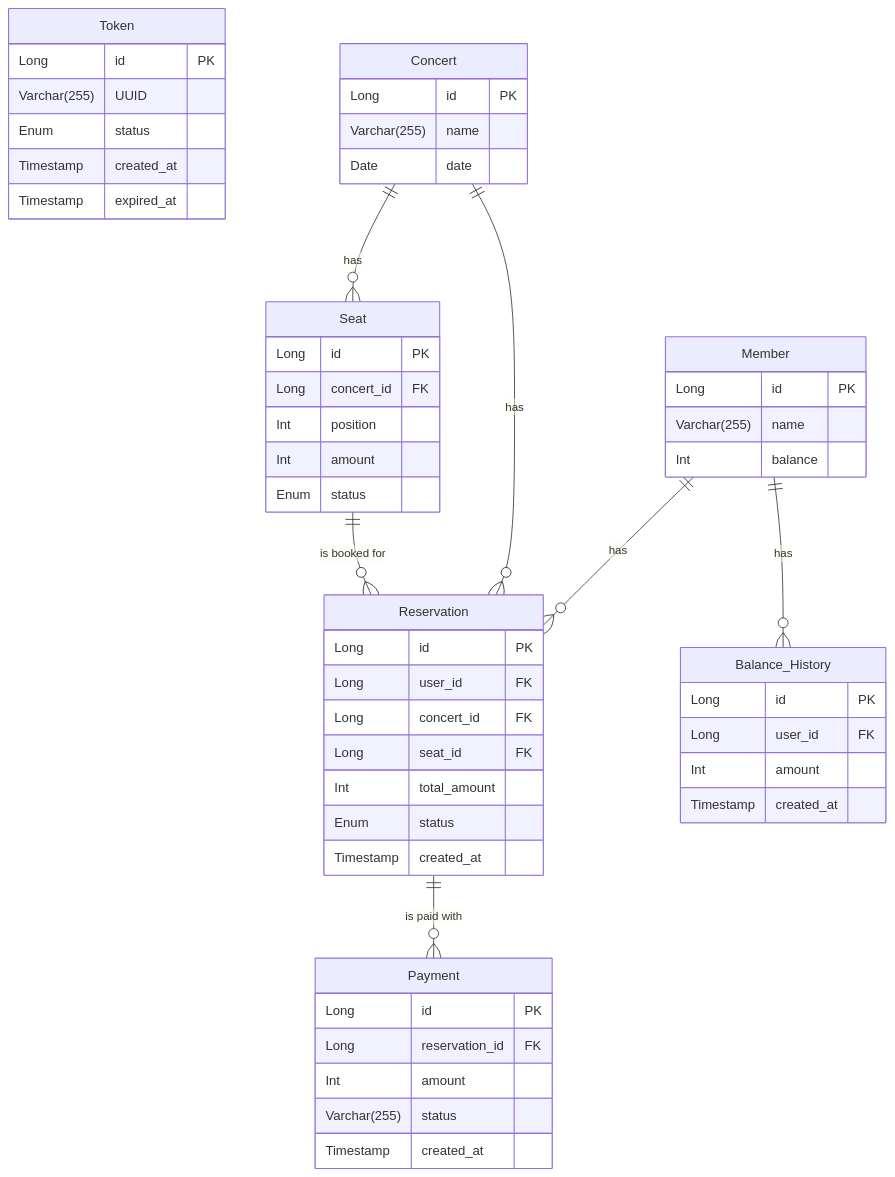
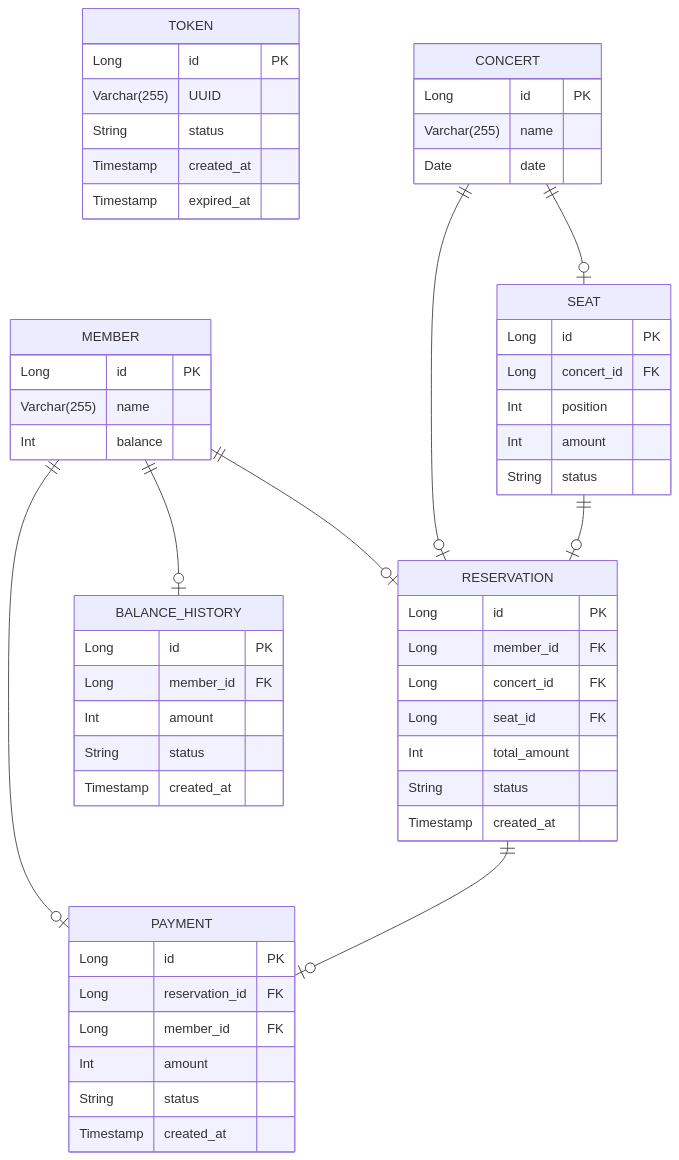
Before and after one commit to JoYuKang/Concert_Reservation: the diagram in docs/ERD.md, drawn with Mermaid.

````diff
--- a/docs/ERD.md
+++ b/docs/ERD.md
@@ -3,63 +3,61 @@
 ```mermaid
 erDiagram
-    Member {
+    MEMBER {
         Long id PK
         Varchar(255) name
         Int balance
     }
-
-    Token {
+    TOKEN {
         Long id PK
-        Varchar(255) UUID 
-        Enum status
+        Varchar(255) UUID
+        String status 
         Timestamp created_at
         Timestamp expired_at
     }
-
-    Concert {
+    CONCERT {
         Long id PK
         Varchar(255) name
         Date date
     }
-
-    Reservation {
+    RESERVATION {
         Long id PK
-        Long user_id FK
+        Long member_id FK
         Long concert_id FK
         Long seat_id FK
         Int total_amount
-        Enum status
+        String status 
         Timestamp created_at
     }
-
-    Seat {
+    SEAT {
         Long id PK
         Long concert_id FK
         Int position
         Int amount
-        Enum status
+        String status 
     }
-
-    Balance_History {
+    BALANCE_HISTORY {
         Long id PK
-        Long user_id FK
+        Long member_id FK
         Int amount
+        String status 
+        Timestamp created_at
+    }
+    PAYMENT {
+        Long id PK
+        Long reservation_id FK
+        Long member_id FK
+        Int amount
+        String status 
         Timestamp created_at
     }
 
-    Payment {
-        Long id PK
-        Long reservation_id FK
-        Int amount
-        Varchar(255) status
-        Timestamp created_at
-    }
-
-    Member ||--o{ Reservation : "has"
-    Concert ||--o{ Reservation : "has"
-    Seat ||--o{ Reservation : "is booked for"
-    Member ||--o{ Balance_History : "has"
-    Reservation ||--o{ Payment : "is paid with"
-    Concert ||--o{ Seat : "has"
+    MEMBER ||--o| RESERVATION : ""
+    MEMBER ||--o| BALANCE_HISTORY : ""
+    MEMBER ||--o| PAYMENT : ""
+    CONCERT ||--o| SEAT : ""
+    CONCERT ||--o| RESERVATION : ""
+    SEAT ||--o| RESERVATION : ""
+    RESERVATION ||--o| PAYMENT : ""
+    
 
 ```
````
